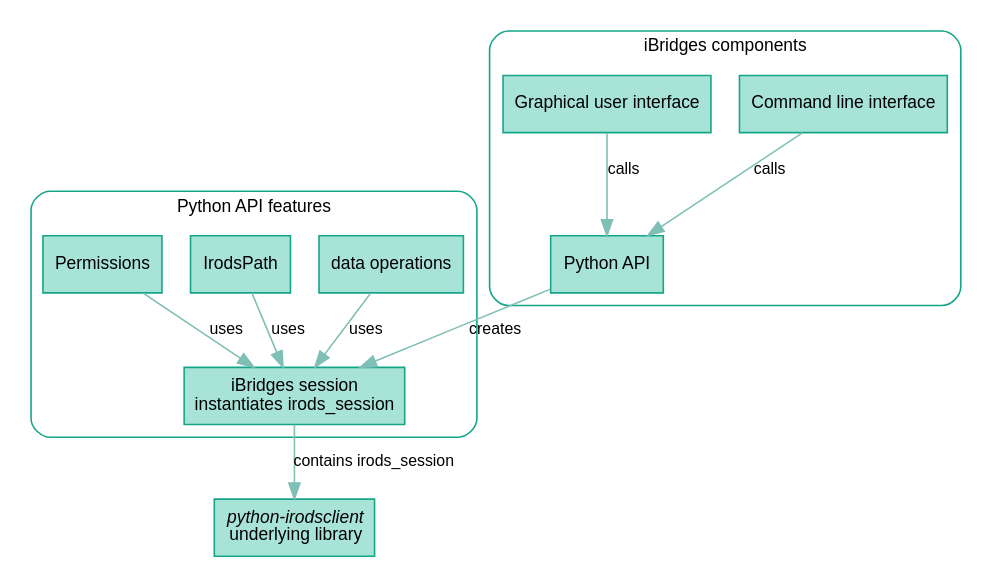
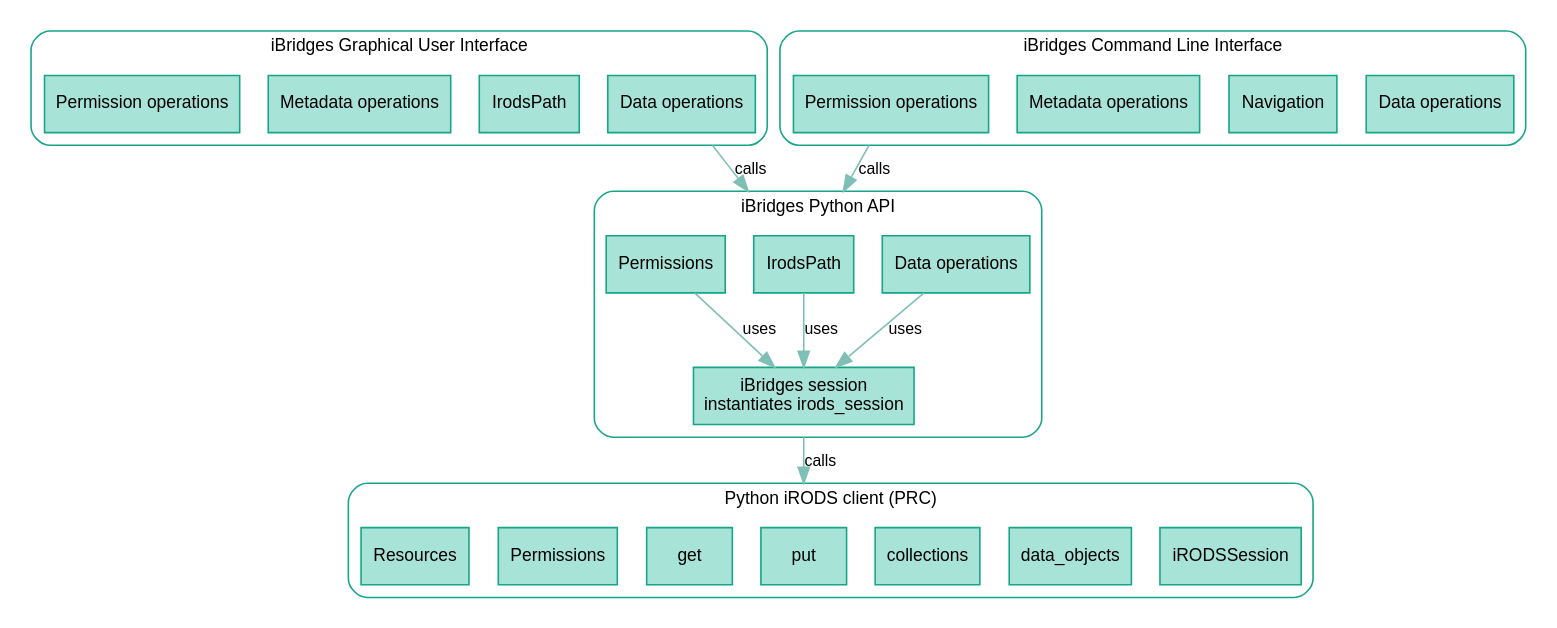
Before and after one commit to iBridges-for-iRODS/iBridges-Training: the second of 2 diagrams in book/slides/pres-introduction.qmd, drawn with Graphviz. The commit also changed other lines of this file and 11 other files, not shown here.

````diff
--- a/book/slides/pres-introduction.qmd
+++ b/book/slides/pres-introduction.qmd
@@ -221,62 +214,74 @@
 ```{dot}
-//| fig-align: center
-
+//| fig-width: 16
+//| fig-height: 11
 digraph ibridges_prc {
-
+    compound=True;
     rankdir=TD;   // top-down layout
 
-    graph [fontsize=11, fontname="Arial"];
+    graph [fontsize=11, fontname="Arial", rank = TB, style=rounded, color="#15a589"];
     node  [
         shape=box,
         style=filled,
         color="#15a589",
         fillcolor="#a8e3d7",
         fontsize=11,
         fontname="Arial"
     ];
     edge [
         fontsize=10,
         fontname="Arial",
         color="#7fbfb5",
         penwidth=1
     ];
+    // Cluster for API features
+    subgraph cluster_api_features {
+        label="iBridges Python API";
 
-    // Cluster for user facing components
-    subgraph cluster_ibridges_ui {
-        label="iBridges components";
-        style=rounded;
-        color="#15a589";
-
-        API      [label="Python API"];
-        CLI      [label="Command line interface"];
-        GUI      [label="Graphical user interface"];
+        Session    [label="iBridges session\ninstantiates irods_session"];
+        DataOps    [label="Data operations"];
+        IrodsPath  [label="IrodsPath"];
+        Permissions[label="Permissions"]
     }
 
-    // Cluster for API features
-    subgraph cluster_api_features {
-        label="Python API features";
-        style=rounded;
-        color="#15a589";
+    subgraph cluster_gui_features {
+        label="iBridges Graphical User Interface";
 
-        Session    [label="iBridges session\ninstantiates irods_session"];
-        DataOps    [label="data operations"];
-        IrodsPath  [label="IrodsPath"];
-        Permissions[label="Permissions"];
+        GuiDataOps[label="Data operations"];
+        GuiIrodspath[label="IrodsPath"];
+        GuiMetadata[label="Metadata operations"];
+        GuiPermissions[label="Permission operations"]
     }
 
-    // python irods client
-    PRC [label=<<i>python-irodsclient</i><br/>underlying library>];
+    subgraph cluster_cli_features {
+        label="iBridges Command Line Interface";
 
-    // Relationships between UI components and API
-    CLI -> API [label="calls"];
-    GUI -> API [label="calls"];
+        CliDataOps[label="Data operations"];
+        CliNavigation[label="Navigation"];
+        CliMetadata[label="Metadata operations"];
+        CliPermissions[label="Permission operations"]
+    }
+
+    subgraph cluster_prc {
+        label="Python iRODS client (PRC)";
+        PrcSession[label="iRODSSession"];
+        PrcDataObjects[label="data_objects"];
+        PrcCollections[label="collections"];
+        PrcPut[label="put"];
+        PrcGet[label="get"];
+        PrcACLs[label="Permissions"];
+        PrcRescs[label="Resources"]
+    }
+
+
+    GuiDataOps -> IrodsPath[label="calls", ltail="cluster_gui_features", lhead="cluster_api_features"]
+    CliPermissions -> IrodsPath[label="calls", ltail="cluster_cli_features", lhead="cluster_api_features"]
 
     // Relationships inside API features
-    API       -> Session     [label="creates"];
     DataOps   -> Session     [label="uses"];
     IrodsPath -> Session     [label="uses"];
-    Permissions -> Session   [label="uses"];
+    Permissions -> Session   [label="uses"]
+    
+    Session   -> PrcPut[label="calls", ltail="cluster_api_features", lhead="cluster_prc"];
+}
 
-    Session   -> PRC         [label="contains irods_session"];
-}
 ```
````
